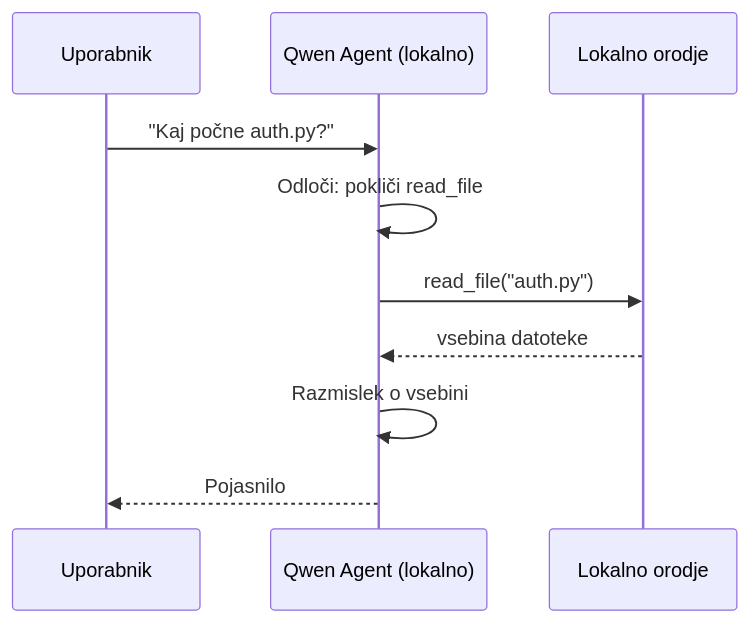
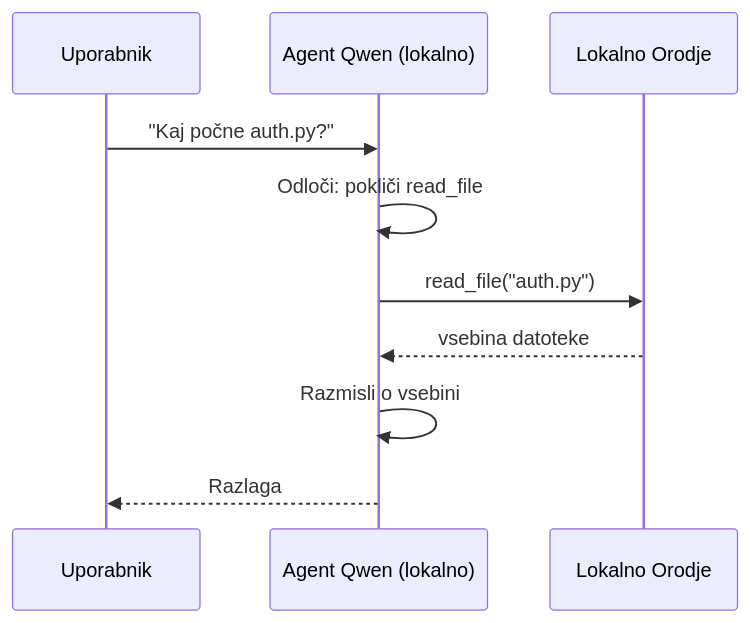
Before and after one commit to gabrielmoreira/agent-skills-mirror: the second of 4 diagrams in mirrors/repos/microsoft@ai-agents-for-beginners/translations/sl/17-creating-local-ai-agents/README.md, drawn with Mermaid. The commit also changed other lines of this file and 4262 other files, not shown here.

````diff
--- a/mirrors/repos/microsoft@ai-agents-for-beginners/translations/sl/17-creating-local-ai-agents/README.md
+++ b/mirrors/repos/microsoft@ai-agents-for-beginners/translations/sl/17-creating-local-ai-agents/README.md
@@ -106,12 +106,12 @@
 ```mermaid
 sequenceDiagram
     participant U as Uporabnik
-    participant A as Qwen Agent (lokalno)
-    participant T as Lokalno orodje
+    participant A as Agent Qwen (lokalno)
+    participant T as Lokalno Orodje
     U->>A: "Kaj počne auth.py?"
     A->>A: Odloči: pokliči read_file
     A->>T: read_file("auth.py")
     T-->>A: vsebina datoteke
-    A->>A: Razmislek o vsebini
-    A-->>U: Pojasnilo
+    A->>A: Razmisli o vsebini
+    A-->>U: Razlaga
 ```
````
